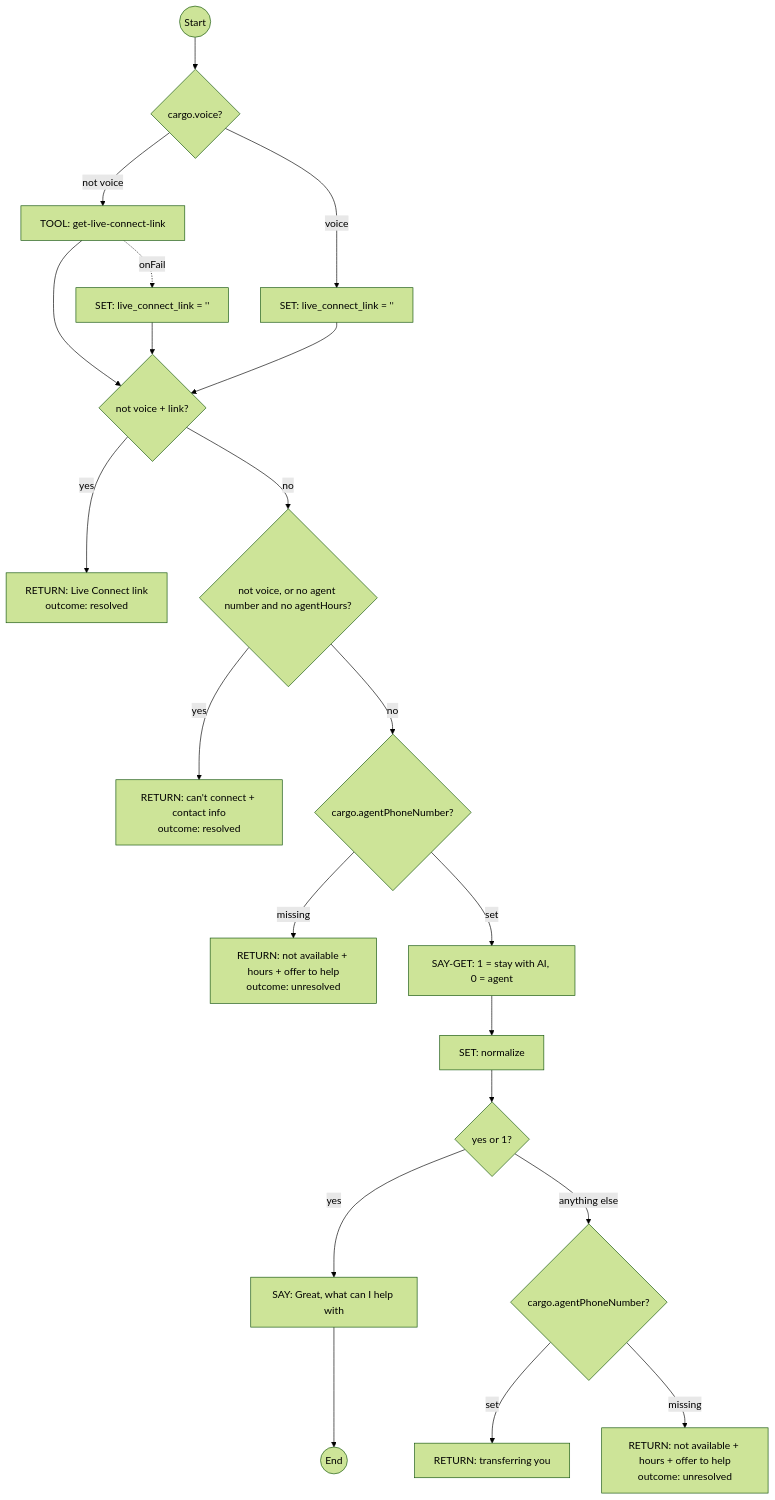
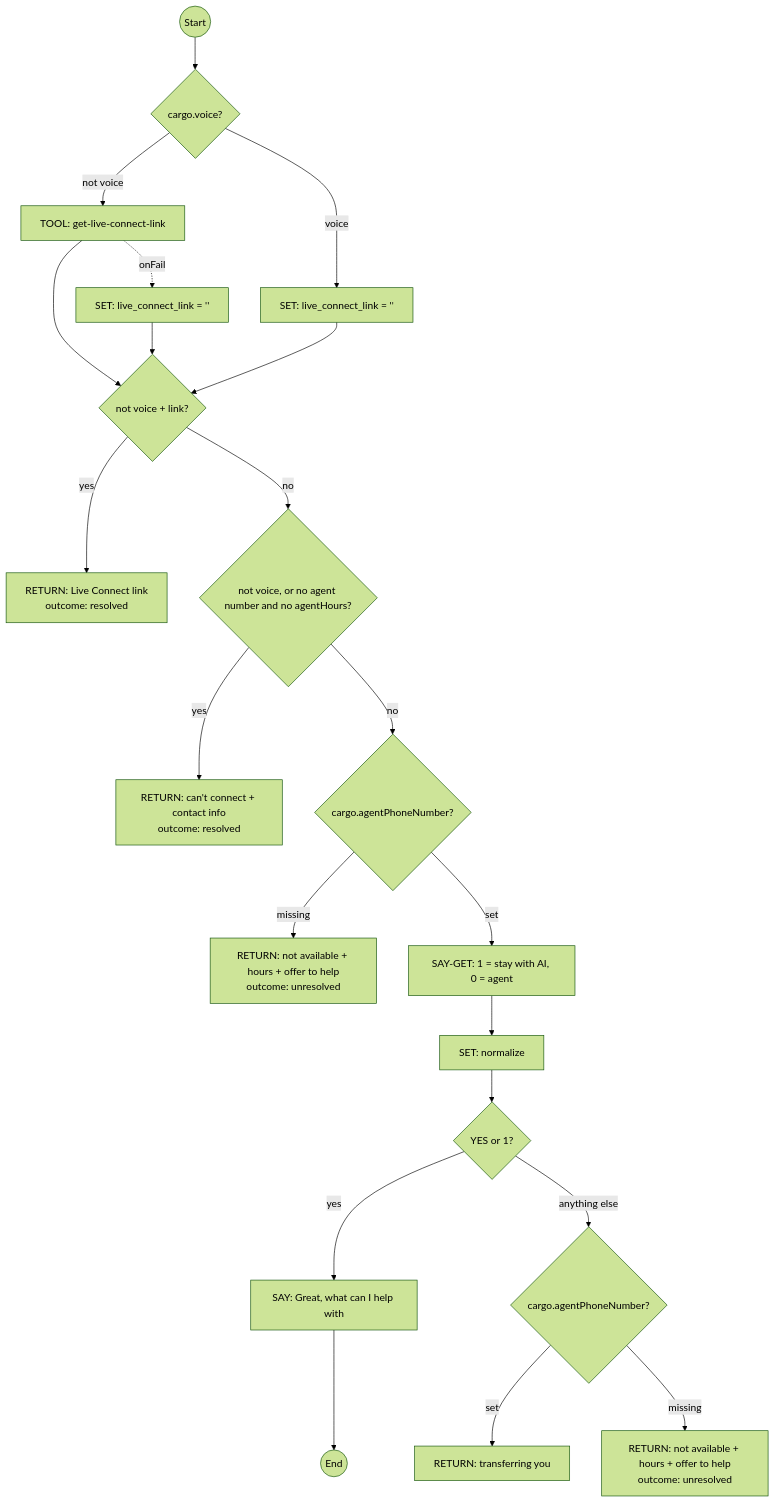
One commit to ronpinkas/jsfe changed diagram 14 of 14 in docs/system-flows.md. Above: the diagram before and after it, drawn with Mermaid (forest theme). The commit also changed other lines of this file and 1 other file, not shown here.

Commit message:
docs: system and Shopify flow pages on the shared answer vocabulary (isAnswer, isAgentRequest)

````diff
--- a/docs/system-flows.md
+++ b/docs/system-flows.md
@@ -702,23 +707,23 @@
 ```mermaid
 graph TD
     start((Start)) --> get_live_connect{cargo.voice?}
     get_live_connect -->|not voice| fetch_live_connect_link[TOOL: get-live-connect-link]
     get_live_connect -->|voice| phone_channel[SET: live_connect_link = '']
     fetch_live_connect_link -.->|onFail| live_connect_unavailable[SET: live_connect_link = '']
     fetch_live_connect_link --> offer_live_connect{not voice + link?}
     live_connect_unavailable --> offer_live_connect
     phone_channel --> offer_live_connect
     offer_live_connect -->|yes| say_live_connect["RETURN: Live Connect link<br/>outcome: resolved"]
     offer_live_connect -->|no| cannot_connect{not voice, or no agent number and no agentHours?}
     cannot_connect -->|yes| say_cannot_connect["RETURN: can't connect + contact info<br/>outcome: resolved"]
     cannot_connect -->|no| check_agent_available{cargo.agentPhoneNumber?}
     check_agent_available -->|missing| no_agent_available["RETURN: not available + hours + offer to help<br/>outcome: unresolved"]
     check_agent_available -->|set| ask_user_choice[SAY-GET: 1 = stay with AI, 0 = agent]
     ask_user_choice --> normalize_choice[SET: normalize]
-    normalize_choice --> handle_choice{yes or 1?}
+    normalize_choice --> handle_choice{YES or 1?}
     handle_choice -->|yes| continue_with_ai[SAY: Great, what can I help with]
     handle_choice -->|anything else| transfer{cargo.agentPhoneNumber?}
     transfer -->|set| confirm_transfer[RETURN: transferring you]
     transfer -->|missing| no_agents_available["RETURN: not available + hours + offer to help<br/>outcome: unresolved"]
     continue_with_ai --> stop((End))
 ```
````
